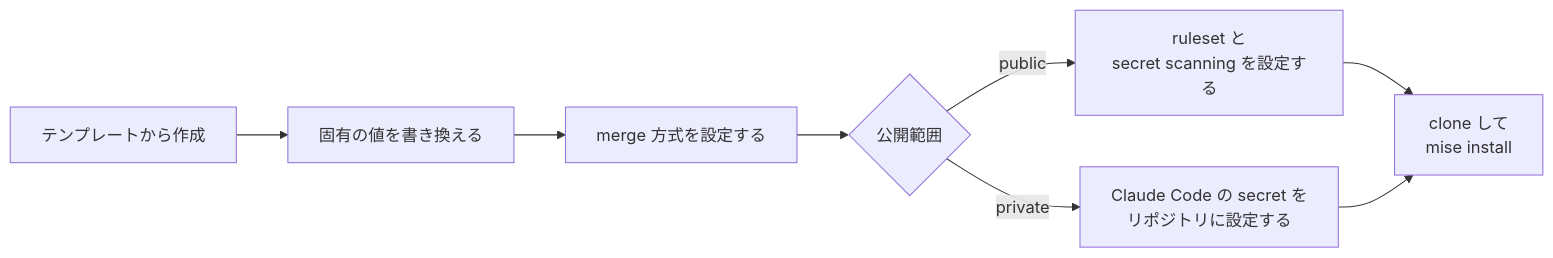
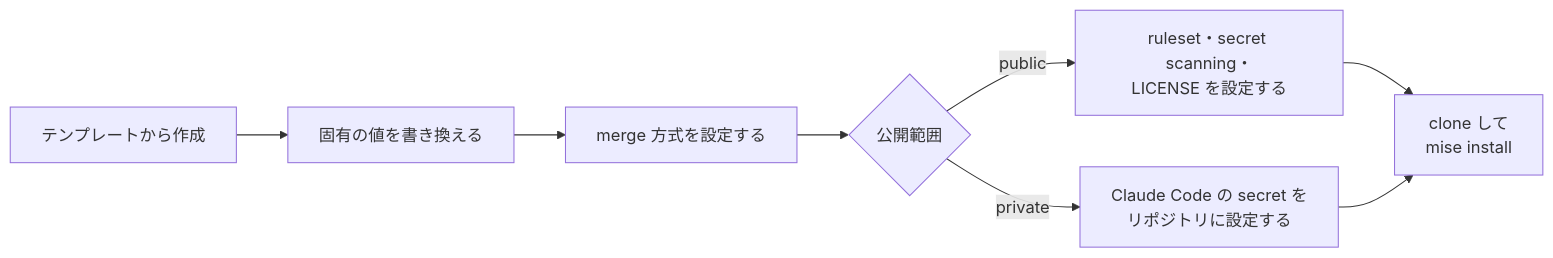
The second of 2 diagrams in README.md (dope-corp/template), drawn with Mermaid before and after one commit. The commit also changed other lines of this file and 15 other files, not shown here.

````diff
--- a/README.md
+++ b/README.md
@@ -33,7 +37,7 @@
 ```mermaid
 flowchart LR
     create[テンプレートから作成] --> edit[固有の値を書き換える] --> common[merge 方式を設定する] --> vis{公開範囲}
-    vis -- public --> pub[ruleset と<br/>secret scanning を設定する]
+    vis -- public --> pub[ruleset・secret scanning・<br/>LICENSE を設定する]
     vis -- private --> priv[Claude Code の secret を<br/>リポジトリに設定する]
     pub & priv --> setup[clone して<br/>mise install]
 ```
````
